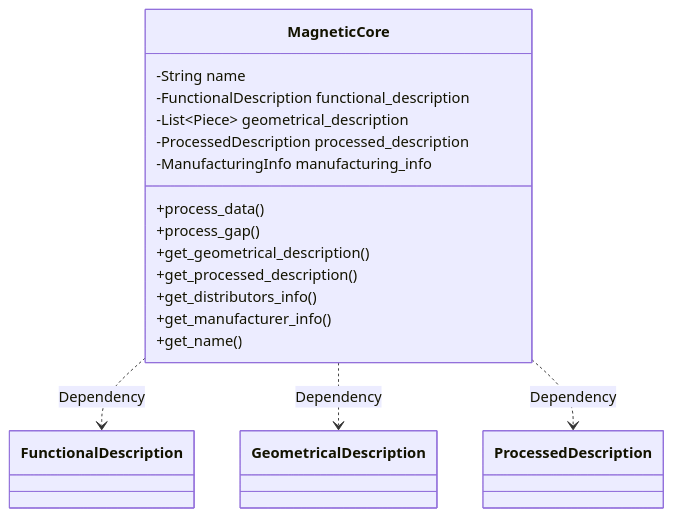
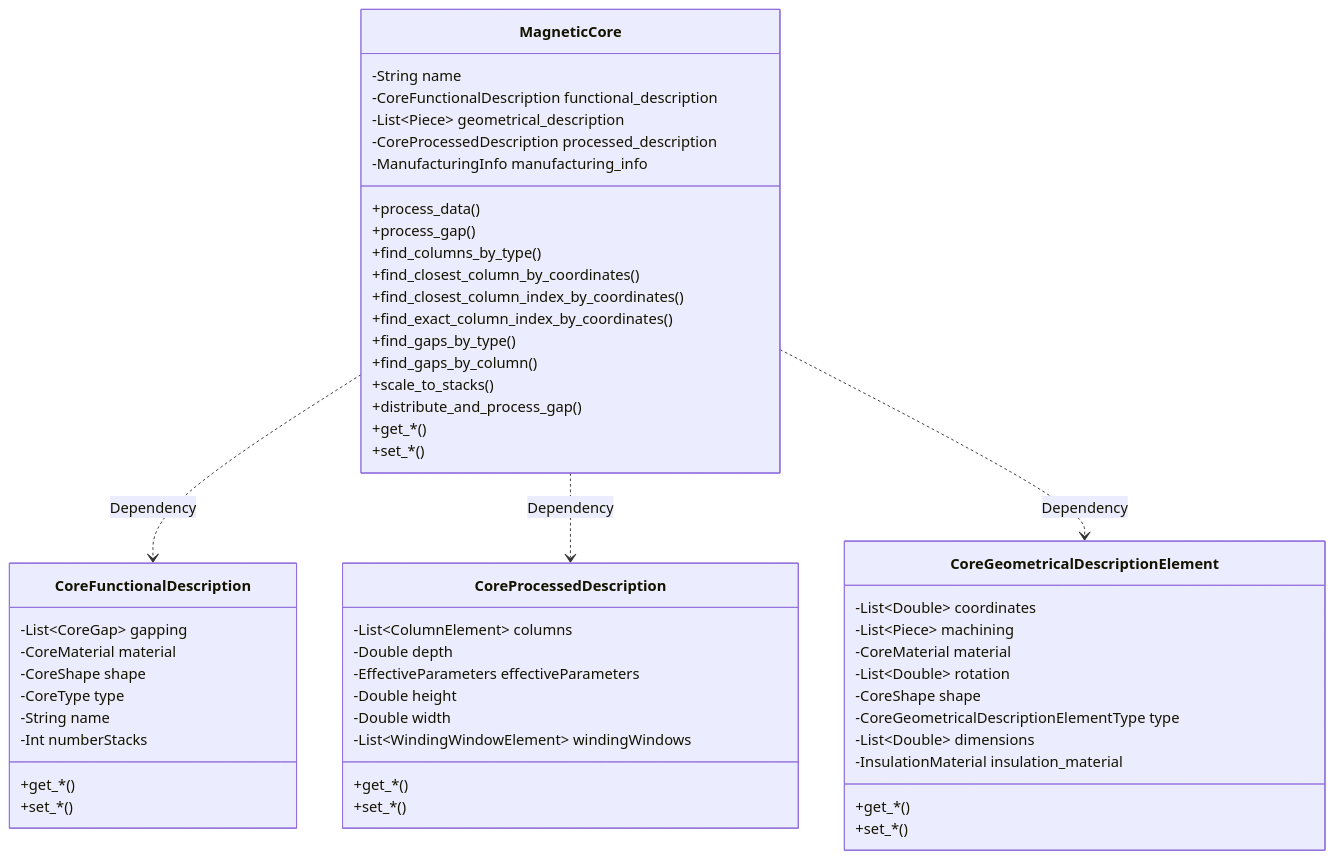
The first of 8 diagrams in docs/magnetic/core.md (OpenMagnetics/MAS), drawn with Mermaid before and after one commit. The commit also changed other lines of this file, not shown here.

````diff
--- a/docs/magnetic/core.md
+++ b/docs/magnetic/core.md
@@ -9,25 +9,67 @@
 ```mermaid
 classDiagram
 
 class MagneticCore {
 
     -String name
-    -FunctionalDescription functional_description
+    -CoreFunctionalDescription functional_description
     -List~Piece~ geometrical_description
-    -ProcessedDescription processed_description
+    -CoreProcessedDescription processed_description
     -ManufacturingInfo manufacturing_info
 
-	+process_data()
-	+process_gap()
-	+get_geometrical_description()
-	+get_processed_description()
-	+get_distributors_info()
-	+get_manufacturer_info()
-	+get_name()
+    +process_data()
+    +process_gap()
+    +find_columns_by_type()
+    +find_closest_column_by_coordinates()
+    +find_closest_column_index_by_coordinates()
+    +find_exact_column_index_by_coordinates()
+    +find_gaps_by_type()
+    +find_gaps_by_column()
+    +scale_to_stacks()
+    +distribute_and_process_gap()
+    +get_*()
+    +set_*()
 }
-MagneticCore ..> FunctionalDescription : Dependency
-MagneticCore ..> GeometricalDescription : Dependency
-MagneticCore ..> ProcessedDescription : Dependency
+MagneticCore ..> CoreFunctionalDescription : Dependency
+MagneticCore ..> CoreProcessedDescription : Dependency
+MagneticCore ..> CoreGeometricalDescriptionElement : Dependency
 
+class CoreFunctionalDescription {
+    -List~CoreGap~ gapping
+    -CoreMaterial material
+    -CoreShape shape    
+    -CoreType type
+    -String name
+    -Int numberStacks
+
+    +get_*()
+    +set_*()
+}
+
+class CoreProcessedDescription {
+    -List~ColumnElement~ columns
+    -Double depth
+    -EffectiveParameters effectiveParameters
+    -Double height
+    -Double width
+    -List~WindingWindowElement~ windingWindows
+
+    +get_*()
+    +set_*()
+}
+
+class CoreGeometricalDescriptionElement {
+    -List~Double~ coordinates
+    -List~Piece~ machining
+    -CoreMaterial material
+    -List~Double~ rotation
+    -CoreShape shape
+    -CoreGeometricalDescriptionElementType type
+    -List~Double~ dimensions
+    -InsulationMaterial insulation_material
+
+    +get_*()
+    +set_*()
+}
 
 ```
````
